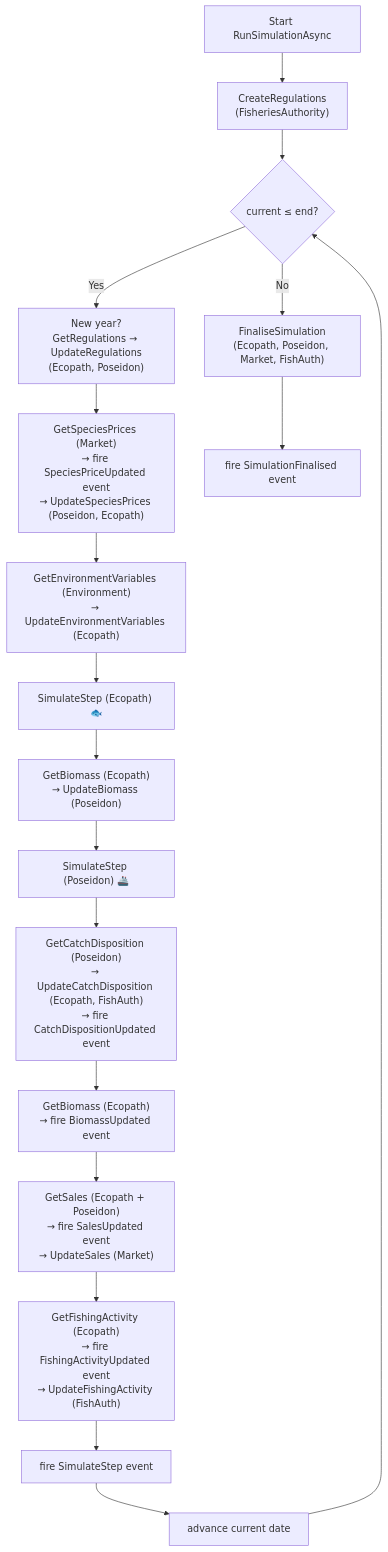
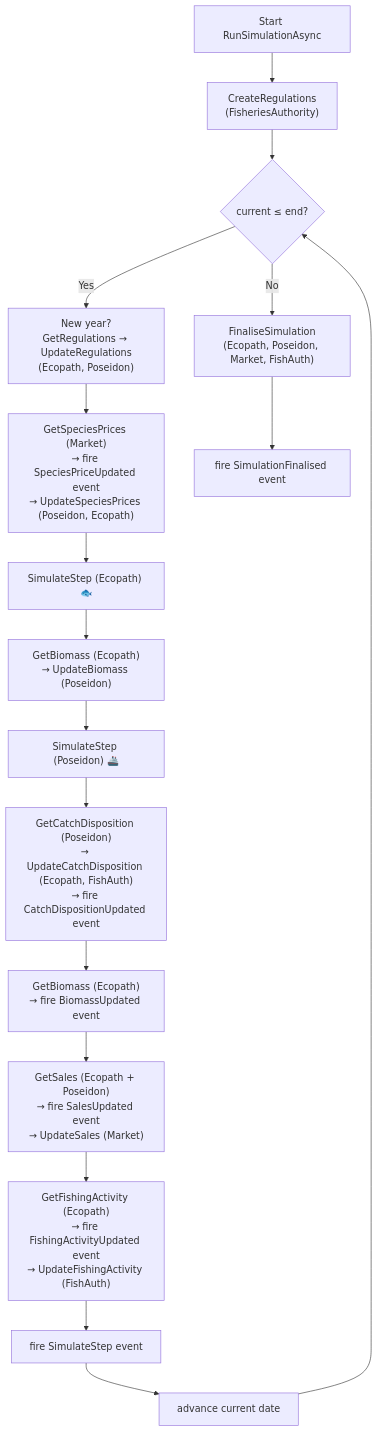
One commit to SURIMI-Project/SURIMI-controller changed the third of 10 diagrams in controller_architecture.md. Above: the diagram before and after it, drawn with Mermaid. The commit also changed other lines of this file and 11 other files, not shown here.

````diff
--- a/controller_architecture.md
+++ b/controller_architecture.md
@@ -172,20 +169,19 @@
 ```mermaid
 flowchart TD
     A["Start RunSimulationAsync"] --> B["CreateRegulations\n(FisheriesAuthority)"]
     B --> C{"current ≤ end?"}
     C -- Yes --> D["New year?\nGetRegulations → UpdateRegulations\n(Ecopath, Poseidon)"]
     D --> E["GetSpeciesPrices (Market)\n→ fire SpeciesPriceUpdated event\n→ UpdateSpeciesPrices (Poseidon, Ecopath)"]
-    E --> F["GetEnvironmentVariables (Environment)\n→ UpdateEnvironmentVariables (Ecopath)"]
-    F --> G["SimulateStep (Ecopath) 🐟"]
-    G --> H["GetBiomass (Ecopath)\n→ UpdateBiomass (Poseidon)"]
-    H --> I["SimulateStep (Poseidon) 🚢"]
-    I --> J["GetCatchDisposition (Poseidon)\n→ UpdateCatchDisposition (Ecopath, FishAuth)\n→ fire CatchDispositionUpdated event"]
-    J --> K["GetBiomass (Ecopath)\n→ fire BiomassUpdated event"]
-    K --> L["GetSales (Ecopath + Poseidon)\n→ fire SalesUpdated event\n→ UpdateSales (Market)"]
-    L --> M["GetFishingActivity (Ecopath)\n→ fire FishingActivityUpdated event\n→ UpdateFishingActivity (FishAuth)"]
-    M --> N["fire SimulateStep event"]
-    N --> O["advance current date"]
-    O --> C
+    E --> F["SimulateStep (Ecopath) 🐟"]
+    F --> G["GetBiomass (Ecopath)\n→ UpdateBiomass (Poseidon)"]
+    G --> H["SimulateStep (Poseidon) 🚢"]
+    H --> I["GetCatchDisposition (Poseidon)\n→ UpdateCatchDisposition (Ecopath, FishAuth)\n→ fire CatchDispositionUpdated event"]
+    I --> J["GetBiomass (Ecopath)\n→ fire BiomassUpdated event"]
+    J --> K["GetSales (Ecopath + Poseidon)\n→ fire SalesUpdated event\n→ UpdateSales (Market)"]
+    K --> L["GetFishingActivity (Ecopath)\n→ fire FishingActivityUpdated event\n→ UpdateFishingActivity (FishAuth)"]
+    L --> M["fire SimulateStep event"]
+    M --> N["advance current date"]
+    N --> C
     C -- No --> P["FinaliseSimulation\n(Ecopath, Poseidon, Market, FishAuth)"]
     P --> Q["fire SimulationFinalised event"]
 ```
````
